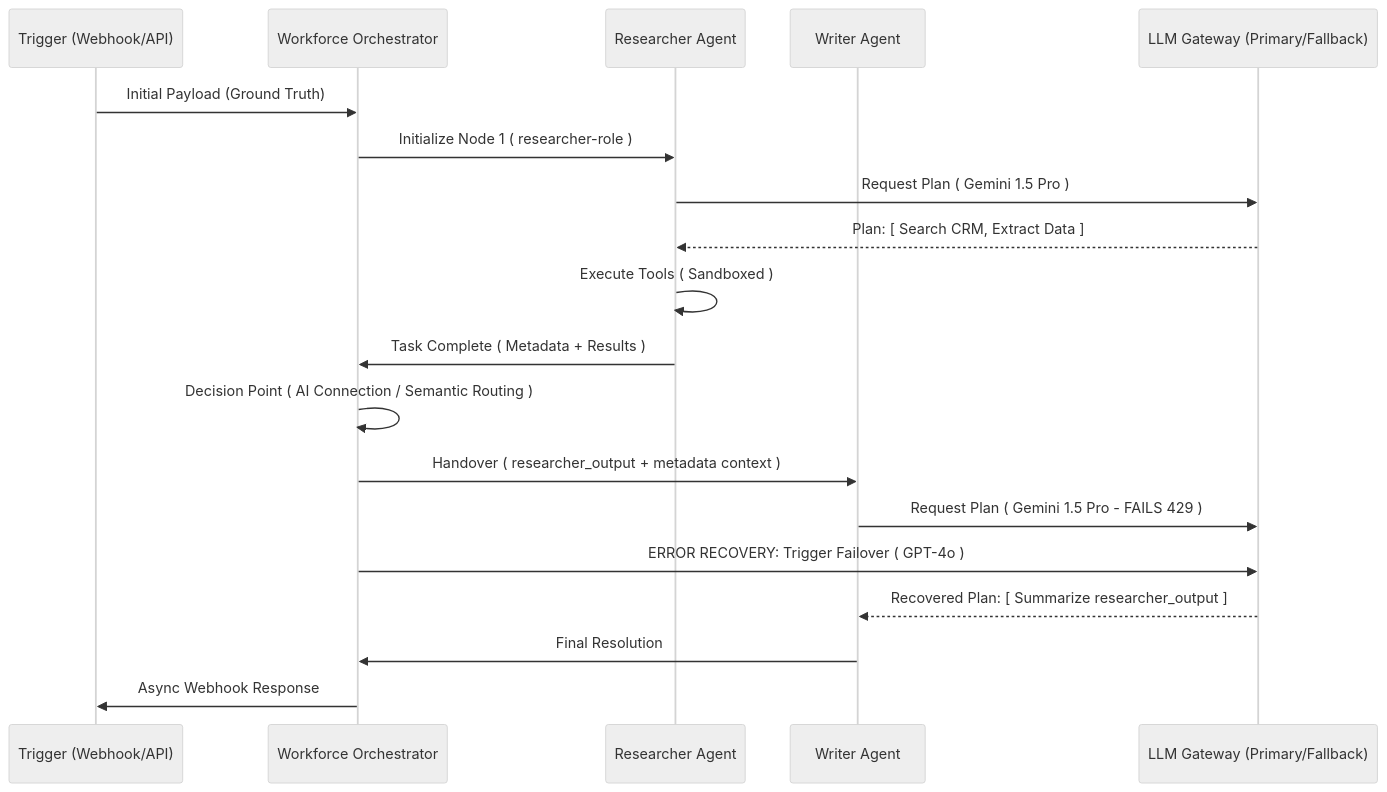
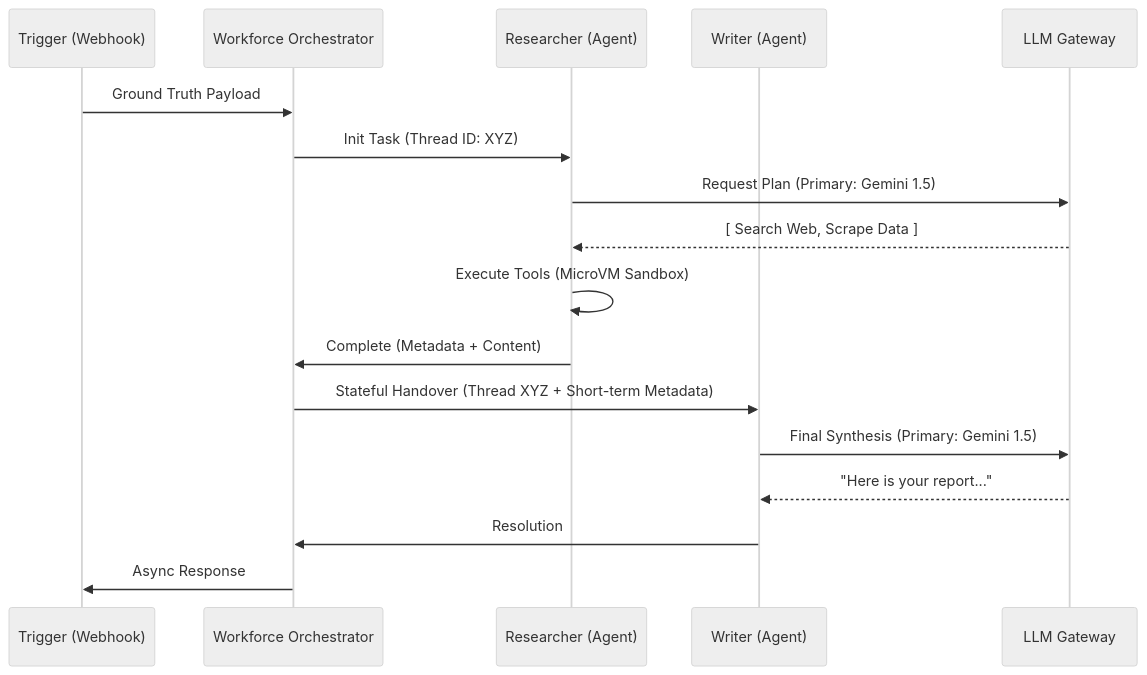
Before and after one commit to alfadilmed/Workforce-ai-CDC: the first of 2 diagrams in RELEVANCE_AI_TECHNICAL_AUDIT.md, drawn with Mermaid (neutral theme). The commit also changed other lines of this file and 1 other file, not shown here.

Commit message:
Definitive Military Grade Technical Audit and Architectural Reverse Engineering of Relevance AI.

````diff
--- a/RELEVANCE_AI_TECHNICAL_AUDIT.md
+++ b/RELEVANCE_AI_TECHNICAL_AUDIT.md
@@ -93,25 +89,21 @@
 ```mermaid
 sequenceDiagram
-    participant T as Trigger (Webhook/API)
+    participant T as Trigger (Webhook)
     participant W as Workforce Orchestrator
-    participant A1 as Researcher Agent
-    participant A2 as Writer Agent
-    participant L as LLM Gateway (Primary/Fallback)
+    participant A1 as Researcher (Agent)
+    participant A2 as Writer (Agent)
+    participant L as LLM Gateway
 
-    T->>W: Initial Payload (Ground Truth)
-    W->>A1: Initialize Node 1 ( researcher-role )
-    A1->>L: Request Plan ( Gemini 1.5 Pro )
-    L-->>A1: Plan: [ Search CRM, Extract Data ]
-    A1->>A1: Execute Tools ( Sandboxed )
-    A1->>W: Task Complete ( Metadata + Results )
+    T->>W: Ground Truth Payload
+    W->>A1: Init Task (Thread ID: XYZ)
+    A1->>L: Request Plan (Primary: Gemini 1.5)
+    L-->>A1: [ Search Web, Scrape Data ]
+    A1->>A1: Execute Tools (MicroVM Sandbox)
+    A1->>W: Complete (Metadata + Content)
 
-    W->>W: Decision Point ( AI Connection / Semantic Routing )
-    W->>A2: Handover ( researcher_output + metadata context )
-
-    A2->>L: Request Plan ( Gemini 1.5 Pro - FAILS 429 )
-    W->>L: ERROR RECOVERY: Trigger Failover ( GPT-4o )
-    L-->>A2: Recovered Plan: [ Summarize researcher_output ]
-
-    A2->>W: Final Resolution
-    W->>T: Async Webhook Response
+    W->>A2: Stateful Handover (Thread XYZ + Short-term Metadata)
+    A2->>L: Final Synthesis (Primary: Gemini 1.5)
+    L-->>A2: "Here is your report..."
+    A2->>W: Resolution
+    W->>T: Async Response
 ```
````
